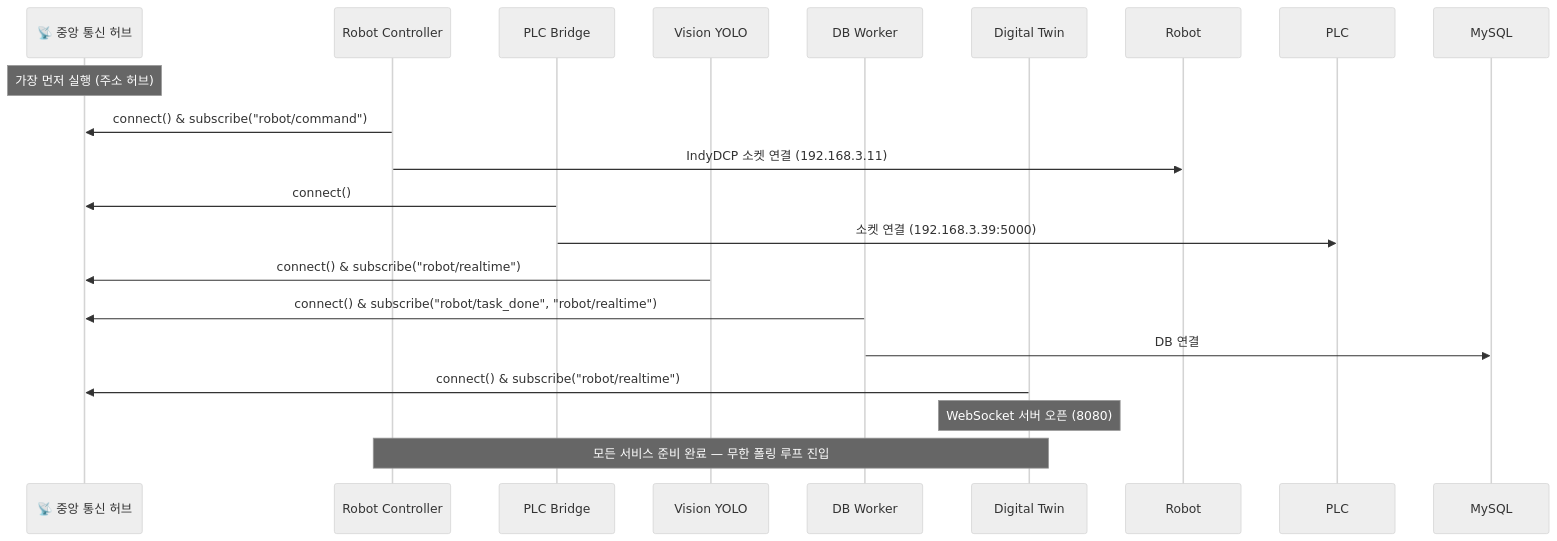
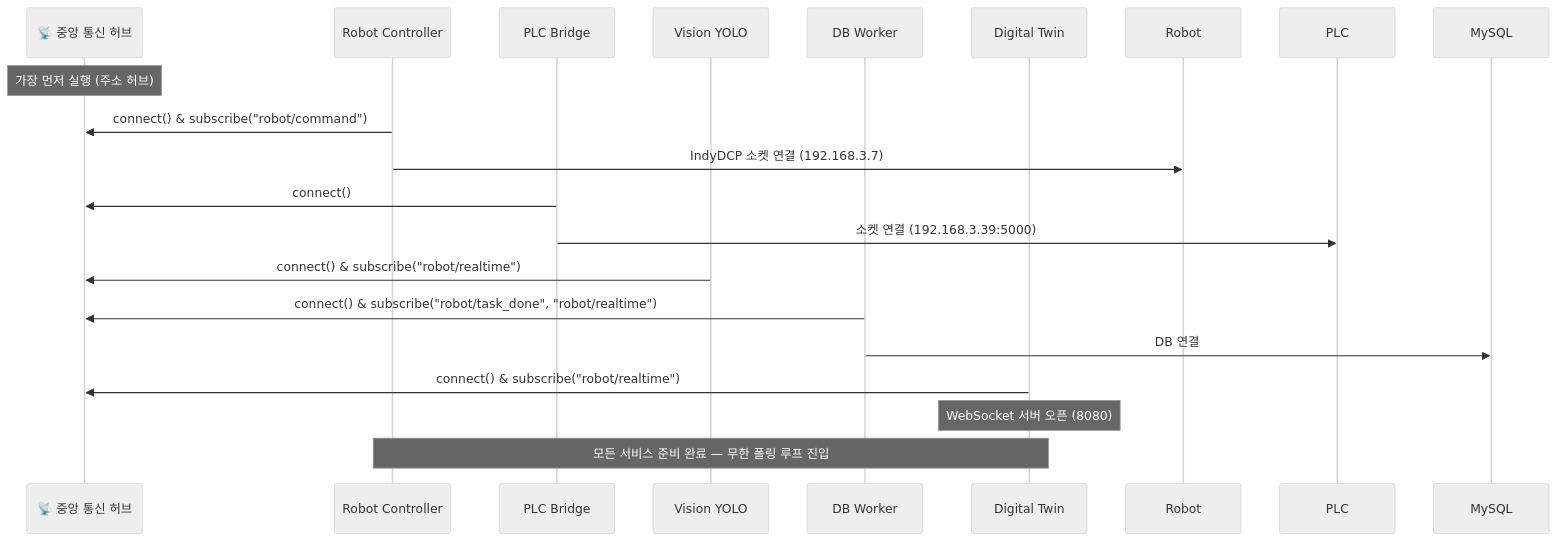
One commit to HeungJAELEE/Busan_Robot changed the first of 5 diagrams in backend/README.md. Above: the diagram before and after it, drawn with Mermaid (neutral theme). The commit also changed 10 other files, not shown here.

````diff
--- a/backend/README.md
+++ b/backend/README.md
@@ -126,26 +126,26 @@
 ```mermaid
 sequenceDiagram
     participant B as 📡 중앙 통신 허브
     participant R as Robot Controller
     participant P as PLC Bridge
     participant V as Vision YOLO
     participant D as DB Worker
     participant T as Digital Twin
 
     Note over B: 가장 먼저 실행 (주소 허브)
     R->>B: connect() & subscribe("robot/command")
-    R->>Robot: IndyDCP 소켓 연결 (192.168.3.11)
+    R->>Robot: IndyDCP 소켓 연결 (192.168.3.7)
     
     P->>B: connect()
     P->>PLC: 소켓 연결 (192.168.3.39:5000)
     
     V->>B: connect() & subscribe("robot/realtime")
     
     D->>B: connect() & subscribe("robot/task_done", "robot/realtime")
     D->>MySQL: DB 연결
     
     T->>B: connect() & subscribe("robot/realtime")
     Note over T: WebSocket 서버 오픈 (8080)
     
     Note over R,T: 모든 서비스 준비 완료 — 무한 폴링 루프 진입
 ```
````
